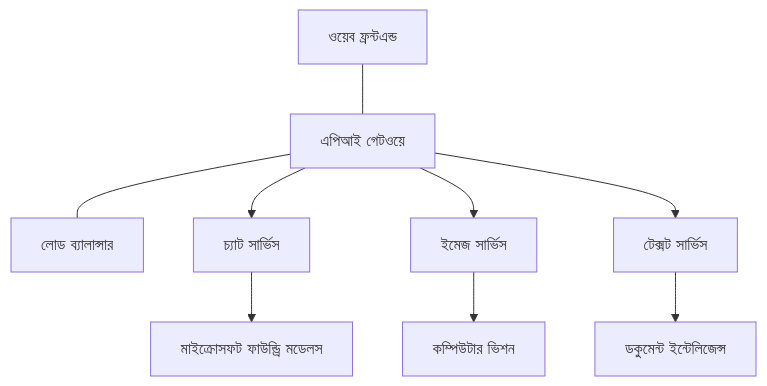
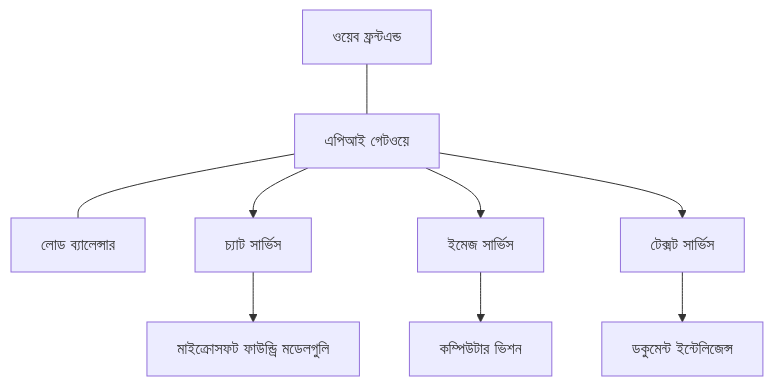
Before and after one commit to microsoft/AZD-for-beginners: the diagram in translations/bn/docs/chapter-08-production/production-ai-practices.md, drawn with Mermaid. The commit also changed other lines of this file and 104 other files, not shown here.

````diff
--- a/translations/bn/docs/chapter-08-production/production-ai-practices.md
+++ b/translations/bn/docs/chapter-08-production/production-ai-practices.md
@@ -30,10 +30,10 @@
 ```mermaid
 graph TD
-    Frontend[ওয়েব ফ্রন্টএন্ড] --- Gateway[এপিআই গেটওয়ে] --- LB[লোড ব্যালান্সার]
+    Frontend[ওয়েব ফ্রন্টএন্ড] --- Gateway[এপিআই গেটওয়ে] --- LB[লোড ব্যালেন্সার]
     Gateway --> Chat[চ্যাট সার্ভিস]
     Gateway --> Image[ইমেজ সার্ভিস]
     Gateway --> Text[টেক্সট সার্ভিস]
-    Chat --> OpenAI[মাইক্রোসফট ফাউন্ড্রি মডেলস]
+    Chat --> OpenAI[মাইক্রোসফট ফাউন্ড্রি মডেলগুলি]
     Image --> Vision[কম্পিউটার ভিশন]
     Text --> DocIntel[ডকুমেন্ট ইন্টেলিজেন্স]
 ```
````
